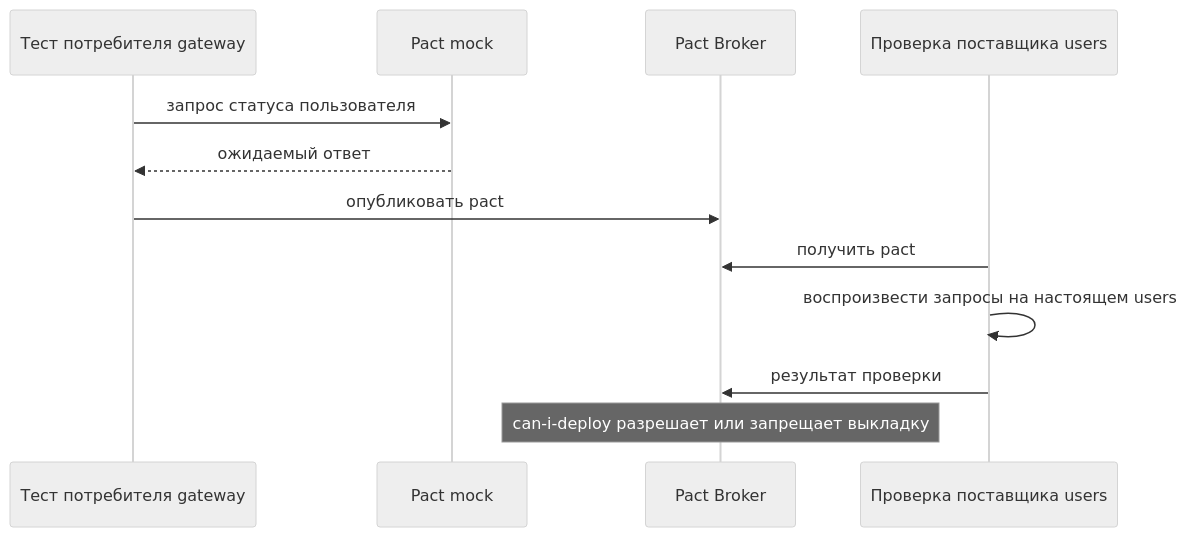
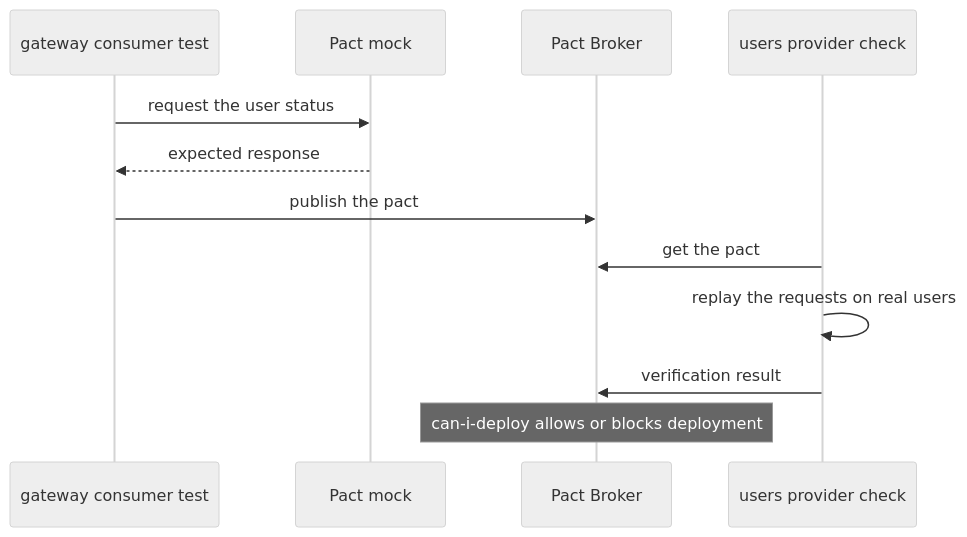
One commit to pavel-skripko-innowise/inno-fe-be-a1 changed the third of 3 diagrams in courses-content/backend/B/1/en/0.7 Контракты и тестирование.md. Above: the diagram before and after it, drawn with Mermaid (neutral theme). The commit also changed other lines of this file and 35 other files, not shown here.

````diff
--- a/courses-content/backend/B/1/en/0.7 Контракты и тестирование.md
+++ b/courses-content/backend/B/1/en/0.7 Контракты и тестирование.md
@@ -117,14 +117,14 @@
 ```mermaid
 sequenceDiagram
-  participant Cons as Тест потребителя gateway
+  participant Cons as gateway consumer test
   participant Mock as Pact mock
   participant Br as Pact Broker
-  participant Prov as Проверка поставщика users
-  Cons->>Mock: запрос статуса пользователя
-  Mock-->>Cons: ожидаемый ответ
-  Cons->>Br: опубликовать pact
-  Prov->>Br: получить pact
-  Prov->>Prov: воспроизвести запросы на настоящем users
-  Prov->>Br: результат проверки
-  Note over Br: can-i-deploy разрешает или запрещает выкладку
+  participant Prov as users provider check
+  Cons->>Mock: request the user status
+  Mock-->>Cons: expected response
+  Cons->>Br: publish the pact
+  Prov->>Br: get the pact
+  Prov->>Prov: replay the requests on real users
+  Prov->>Br: verification result
+  Note over Br: can-i-deploy allows or blocks deployment
 ```
````
